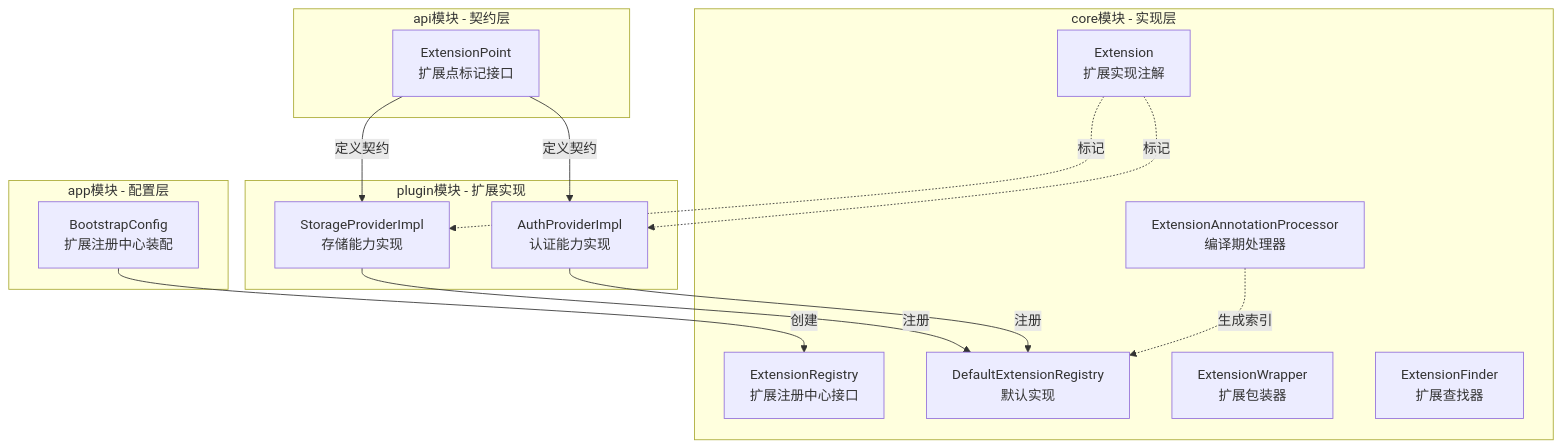
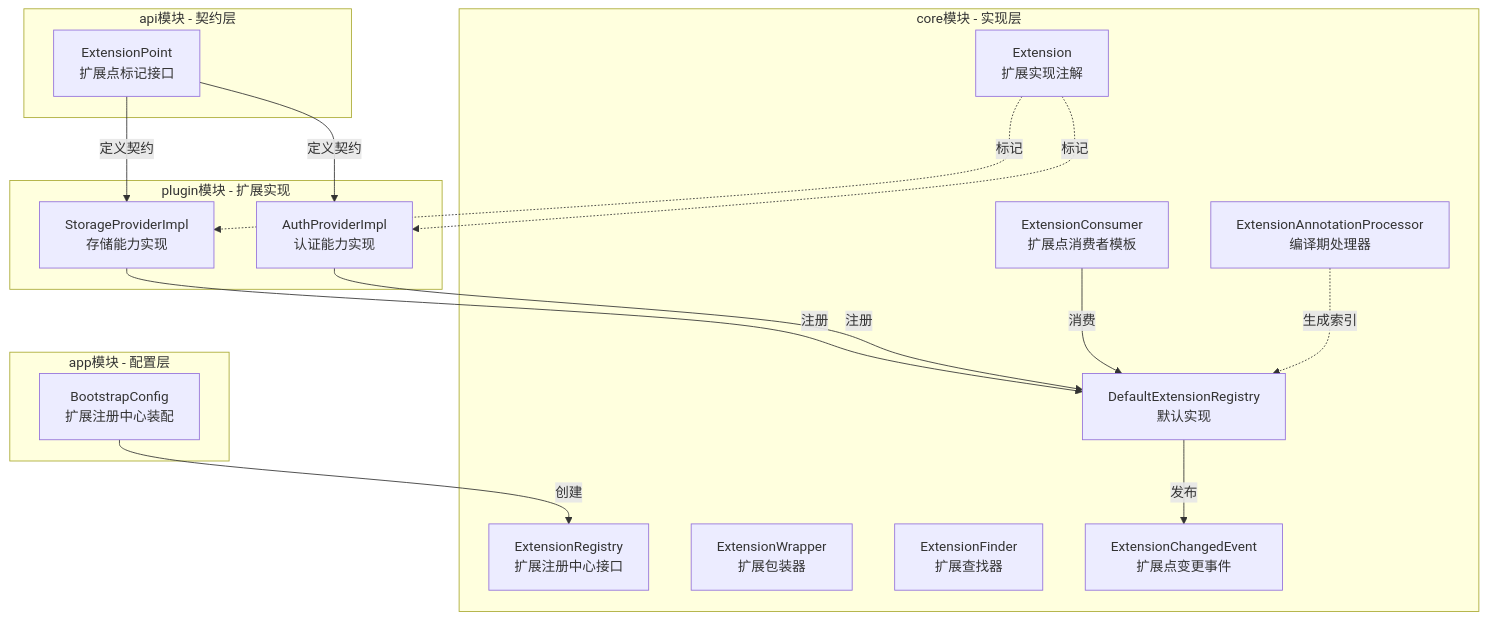
The first of 2 diagrams in docs/developer-guid/设计文档/拓展点系统.md (XingXuan-Sivan/nexus-admin), drawn with Mermaid before and after one commit. The commit also changed other lines of this file and 49 other files, not shown here.

````diff
--- a/docs/developer-guid/设计文档/拓展点系统.md
+++ b/docs/developer-guid/设计文档/拓展点系统.md
@@ -31,33 +32,37 @@
 ```mermaid
 graph TD
     subgraph api模块[api模块 - 契约层]
         A[ExtensionPoint<br/>扩展点标记接口]
     end
 
     subgraph core模块[core模块 - 实现层]
         B[ExtensionRegistry<br/>扩展注册中心接口]
         C[DefaultExtensionRegistry<br/>默认实现]
+        CC[ExtensionConsumer<br/>扩展点消费者模板]
         D[Extension<br/>扩展实现注解]
         E[ExtensionAnnotationProcessor<br/>编译期处理器]
         F[ExtensionWrapper<br/>扩展包装器]
         G[ExtensionFinder<br/>扩展查找器]
+        CE[ExtensionChangedEvent<br/>扩展点变更事件]
     end
 
     subgraph app模块[app模块 - 配置层]
         H[BootstrapConfig<br/>扩展注册中心装配]
     end
 
     subgraph plugin模块[plugin模块 - 扩展实现]
         I[StorageProviderImpl<br/>存储能力实现]
         J[AuthProviderImpl<br/>认证能力实现]
     end
 
     A -->|定义契约| I
     A -->|定义契约| J
     I -->|注册| C
     J -->|注册| C
+    C -->|发布| CE
+    CC -->|消费| C
     D -.->|标记| I
     D -.->|标记| J
     E -.->|生成索引| C
     H -->|创建| B
 ```
````
